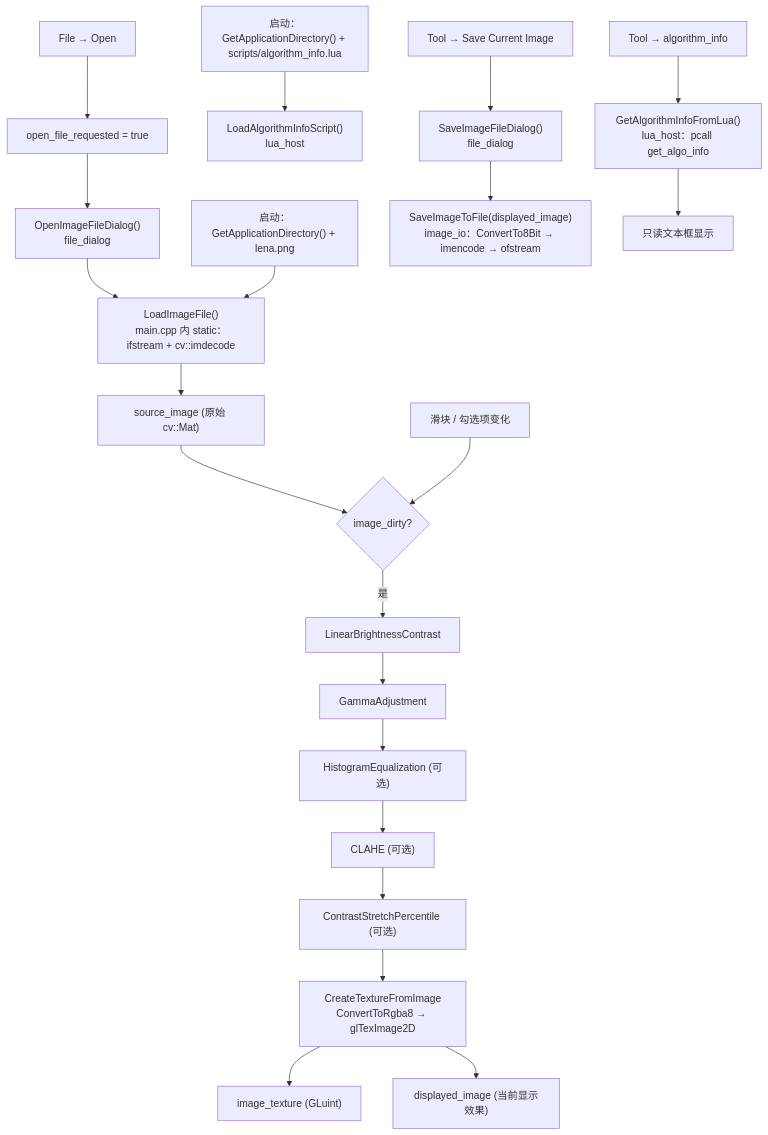
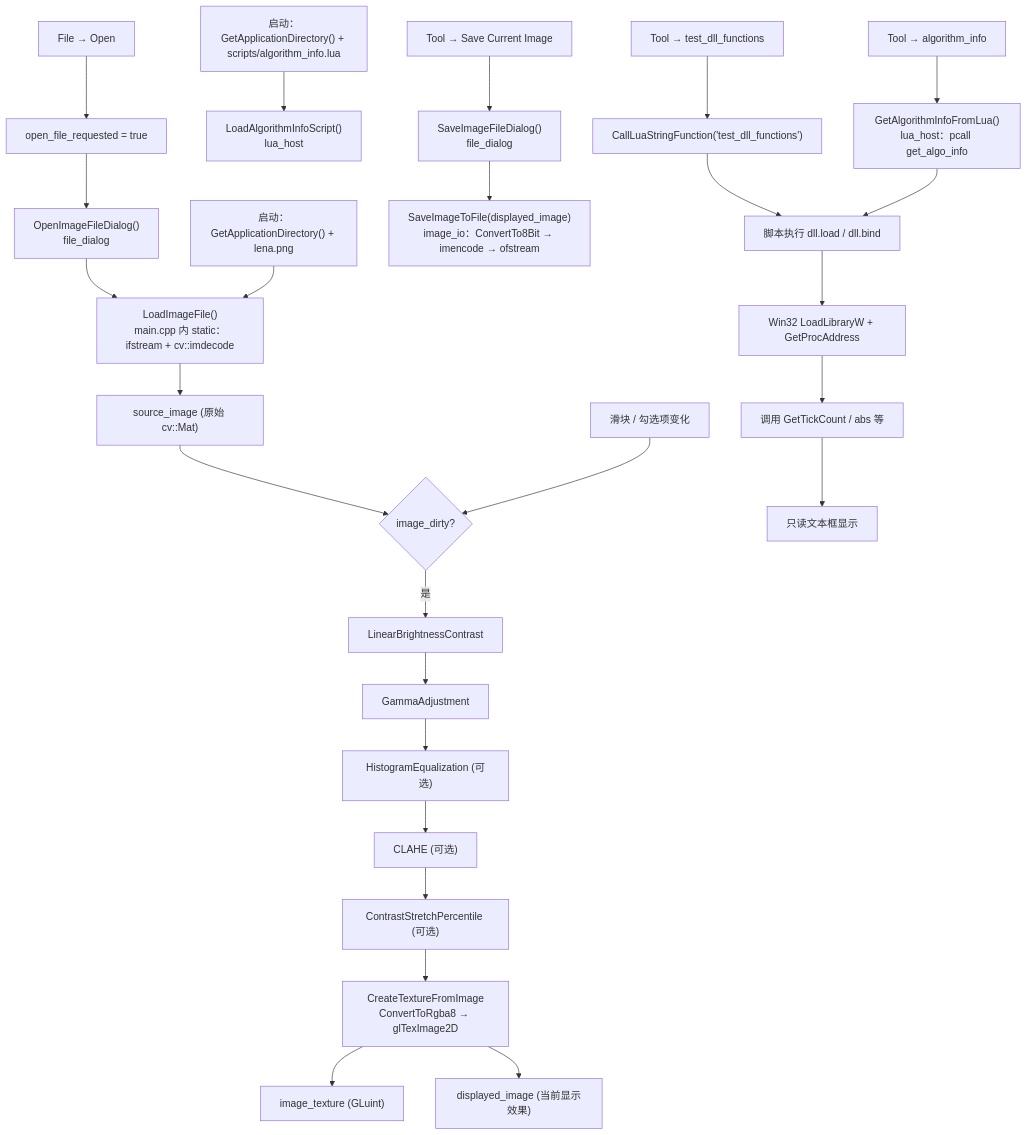
The third of 3 diagrams in README.md (YunKaiRiYueLang/image_contrast_light_tools), drawn with Mermaid before and after one commit. The commit also changed other lines of this file, not shown here.

Commit message:
Document Lua DLL binding and DLL test dialog

````diff
--- a/README.md
+++ b/README.md
@@ -107,27 +116,32 @@
 ```mermaid
 flowchart TD
     A["File → Open"] --> B["open_file_requested = true"]
     B --> C["OpenImageFileDialog()<br/>file_dialog"]
     C --> D["LoadImageFile()<br/>main.cpp 内 static：ifstream + cv::imdecode"]
     D --> E["source_image (原始 cv::Mat)"]
 
     E --> F{"image_dirty?"}
     G["滑块 / 勾选项变化"] --> F
     H["启动：GetApplicationDirectory() + lena.png"] --> D
     W["启动：GetApplicationDirectory() + scripts/algorithm_info.lua"] --> X["LoadAlgorithmInfoScript()<br/>lua_host"]
 
     F -->|是| I["LinearBrightnessContrast"]
     I --> J["GammaAdjustment"]
     J --> K["HistogramEqualization (可选)"]
     K --> L["CLAHE (可选)"]
     L --> M["ContrastStretchPercentile (可选)"]
     M --> N["CreateTextureFromImage<br/>ConvertToRgba8 → glTexImage2D"]
     N --> O["image_texture (GLuint)"]
     N --> P["displayed_image (当前显示效果)"]
 
     Q["Tool → Save Current Image"] --> R["SaveImageFileDialog()<br/>file_dialog"]
     R --> S["SaveImageToFile(displayed_image)<br/>image_io：ConvertTo8Bit → imencode → ofstream"]
 
     T["Tool → algorithm_info"] --> U["GetAlgorithmInfoFromLua()<br/>lua_host：pcall get_algo_info"]
-    U --> V["只读文本框显示"]
+    T2["Tool → test_dll_functions"] --> U5["CallLuaStringFunction('test_dll_functions')"]
+    U5 --> U2
+    U --> U2["脚本执行 dll.load / dll.bind"]
+    U2 --> U3["Win32 LoadLibraryW + GetProcAddress"]
+    U3 --> U4["调用 GetTickCount / abs 等"]
+    U4 --> V["只读文本框显示"]
 ```
````
